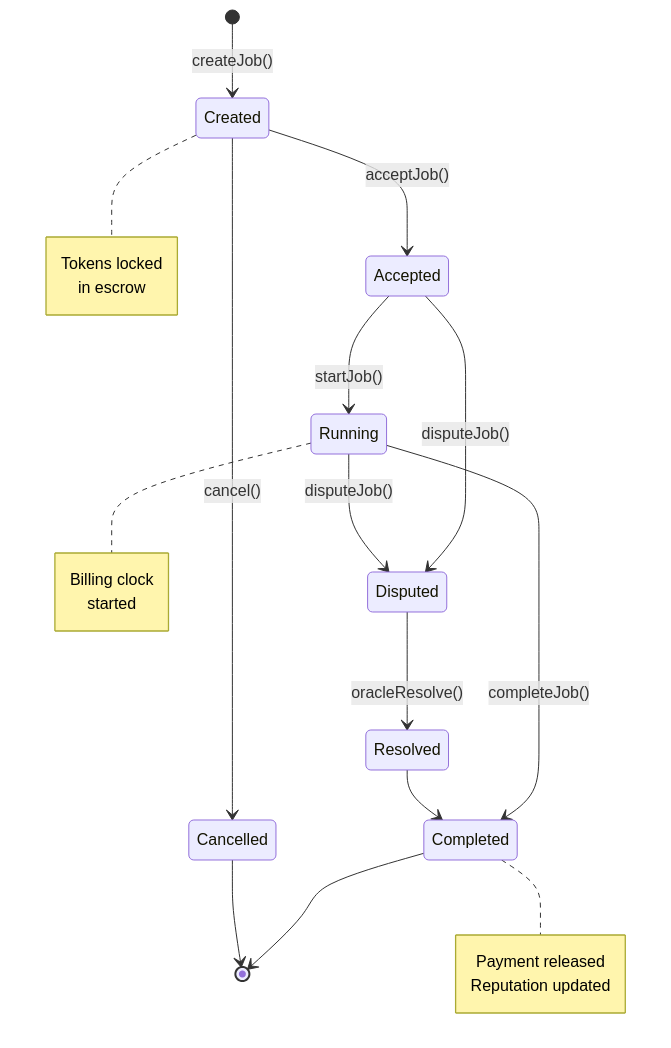
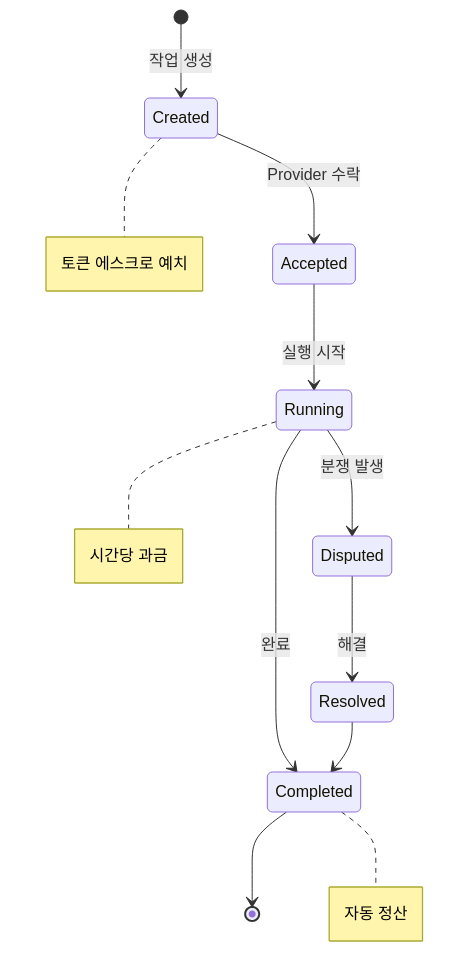
Before and after one commit to nubro999/riverbandMVP: the fourth of 12 diagrams in README.md, drawn with Mermaid. The commit also changed other lines of this file and 2 other files, not shown here.

````diff
--- a/README.md
+++ b/README.md
@@ -563,34 +155,23 @@
 ```mermaid
 stateDiagram-v2
-    [*] --> Created: createJob()
-    
-    Created --> Accepted: acceptJob()
-    Created --> Cancelled: cancel()
-    
-    Accepted --> Running: startJob()
-    Accepted --> Disputed: disputeJob()
-    
-    Running --> Completed: completeJob()
-    Running --> Disputed: disputeJob()
-    
-    Disputed --> Resolved: oracleResolve()
+    [*] --> Created: 작업 생성
+    Created --> Accepted: Provider 수락
+    Accepted --> Running: 실행 시작
+    Running --> Completed: 완료
+    Running --> Disputed: 분쟁 발생
+    Disputed --> Resolved: 해결
     Resolved --> Completed
-    
     Completed --> [*]
-    Cancelled --> [*]
     
     note right of Created
-        Tokens locked
-        in escrow
+        토큰 에스크로 예치
     end note
     
     note right of Running
-        Billing clock
-        started
+        시간당 과금
     end note
     
     note right of Completed
-        Payment released
-        Reputation updated
+        자동 정산
     end note
 ```
````
